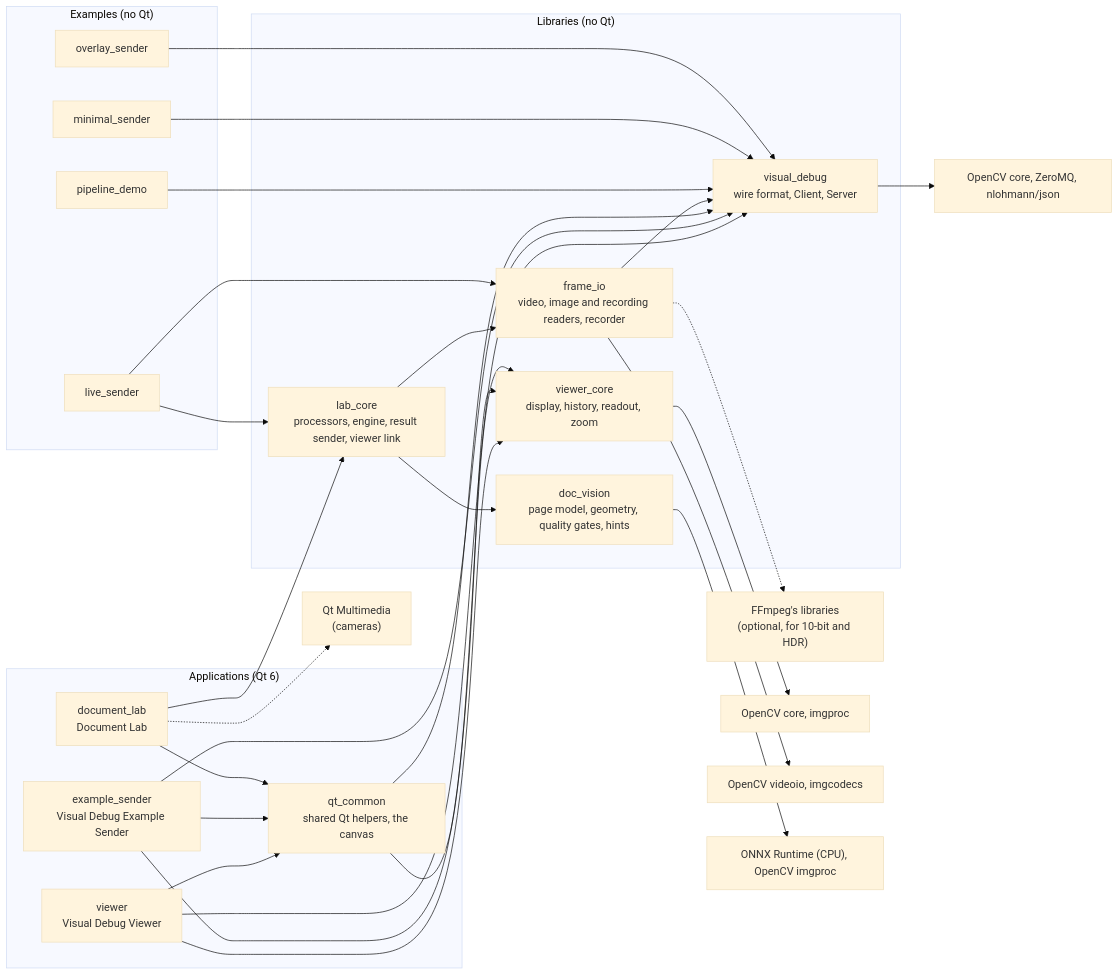
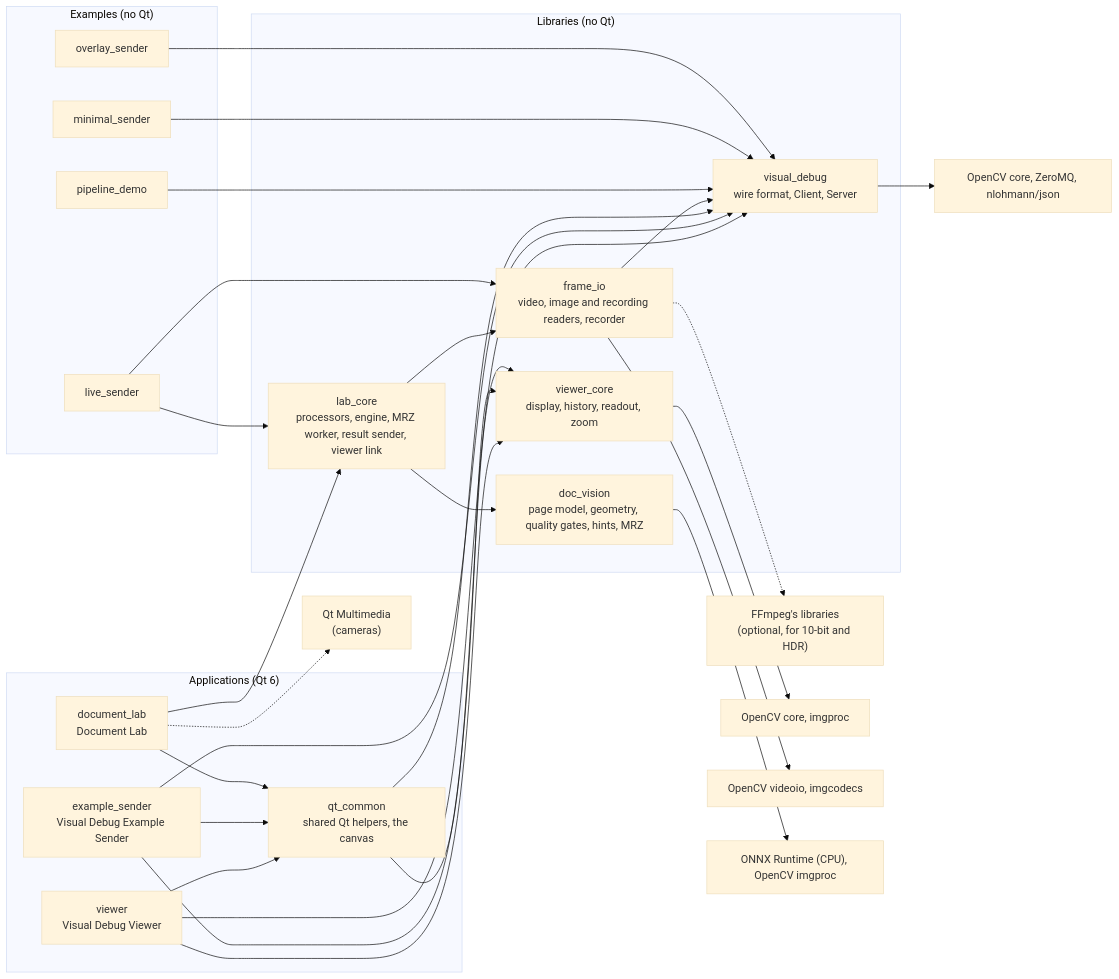
One commit to mbuster8/id-vision-lab changed the first of 3 diagrams in docs/architecture.md. Above: the diagram before and after it, drawn with Mermaid (base theme). The commit also changed other lines of this file and 7 other files, not shown here.

````diff
--- a/docs/architecture.md
+++ b/docs/architecture.md
@@ -15,46 +15,46 @@
 ```mermaid
 flowchart LR
     subgraph apps["Applications (Qt 6)"]
         viewer["viewer<br/>Visual Debug Viewer"]
         sender["example_sender<br/>Visual Debug Example Sender"]
         lab["document_lab<br/>Document Lab"]
         qtcommon["qt_common<br/>shared Qt helpers, the canvas"]
     end
     subgraph examples["Examples (no Qt)"]
         pipeline["pipeline_demo"]
         minimal["minimal_sender"]
         overlay["overlay_sender"]
         live["live_sender"]
     end
     subgraph libs["Libraries (no Qt)"]
         vd["visual_debug<br/>wire format, Client, Server"]
         vc["viewer_core<br/>display, history, readout, zoom"]
         fio["frame_io<br/>video, image and recording readers, recorder"]
-        lc["lab_core<br/>processors, engine, result sender, viewer link"]
-        dv["doc_vision<br/>page model, geometry, quality gates, hints"]
+        lc["lab_core<br/>processors, engine, MRZ worker, result sender, viewer link"]
+        dv["doc_vision<br/>page model, geometry, quality gates, hints, MRZ"]
     end
     viewer --> qtcommon
     sender --> qtcommon
     lab --> qtcommon
     lab --> lc
     lab -.-> qtmm["Qt Multimedia<br/>(cameras)"]
     viewer --> vd
     viewer --> vc
     sender --> vd
     sender --> vc
     qtcommon --> vd
     qtcommon --> vc
     lc --> fio
     lc --> dv
     fio --> vd
     pipeline --> vd
     minimal --> vd
     overlay --> vd
     live --> lc
     live --> fio
     fio -.-> ffmpeg["FFmpeg's libraries<br/>(optional, for 10-bit and HDR)"]
     vd --> deps1["OpenCV core, ZeroMQ, nlohmann/json"]
     vc --> deps2["OpenCV core, imgproc"]
     fio --> deps3["OpenCV videoio, imgcodecs"]
     dv --> deps4["ONNX Runtime (CPU), OpenCV imgproc"]
 ```
````
